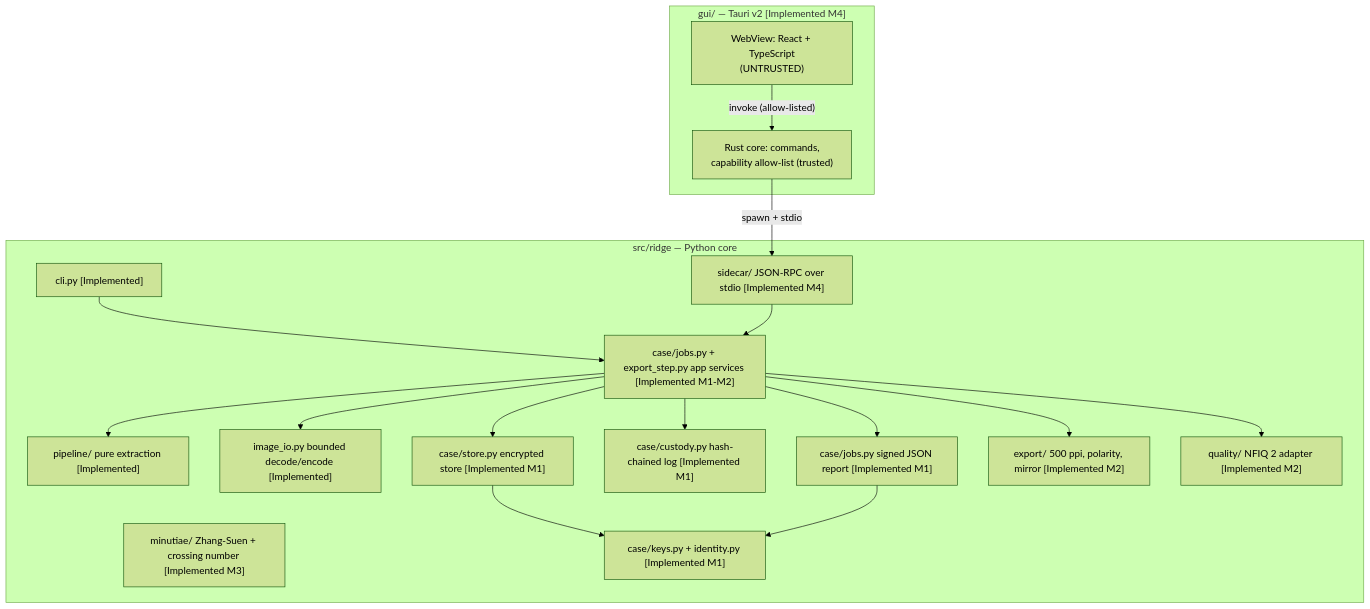
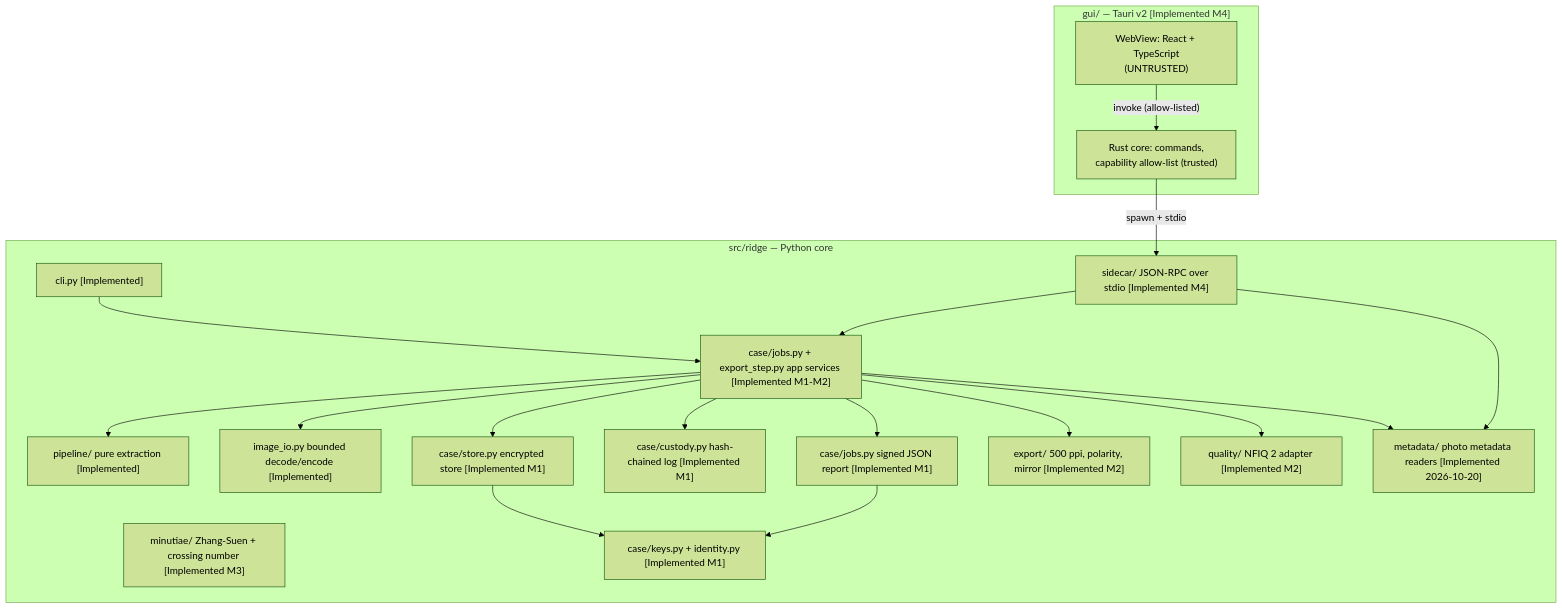
One commit to ZvonkoNS/Ridge changed the second of 4 diagrams in docs/architecture.md. Above: the diagram before and after it, drawn with Mermaid (forest theme). The commit also changed other lines of this file and 47 other files, not shown here.

````diff
--- a/docs/architecture.md
+++ b/docs/architecture.md
@@ -68,34 +68,37 @@
 ```mermaid
 flowchart TB
   subgraph GUI["gui/ — Tauri v2 [Implemented M4]"]
     WV["WebView: React + TypeScript<br/>(UNTRUSTED)"]
     RC["Rust core: commands,<br/>capability allow-list (trusted)"]
   end
   subgraph PY["src/ridge — Python core"]
     CLI["cli.py [Implemented]"]
     SC["sidecar/ JSON-RPC over stdio [Implemented M4]"]
     APP["case/jobs.py + export_step.py app services [Implemented M1-M2]"]
     PIPE["pipeline/ pure extraction [Implemented]"]
     IO["image_io.py bounded decode/encode [Implemented]"]
     CASE["case/store.py encrypted store [Implemented M1]"]
     CUST["case/custody.py hash-chained log [Implemented M1]"]
     REP["case/jobs.py signed JSON report [Implemented M1]"]
     EXP["export/ 500 ppi, polarity, mirror [Implemented M2]"]
     QLT["quality/ NFIQ 2 adapter [Implemented M2]"]
     MIN["minutiae/ Zhang-Suen + crossing number [Implemented M3]"]
+    MET["metadata/ photo metadata readers [Implemented 2026-10-20]"]
     KEY["case/keys.py + identity.py [Implemented M1]"]
   end
   WV -- "invoke (allow-listed)" --> RC
   RC -- "spawn + stdio" --> SC
   CLI --> APP
   SC --> APP
   APP --> PIPE
   APP --> IO
   APP --> CASE
   APP --> CUST
   APP --> REP
   APP --> EXP
   APP --> QLT
+  APP --> MET
+  SC --> MET
   CASE --> KEY
   REP --> KEY
 ```
````
